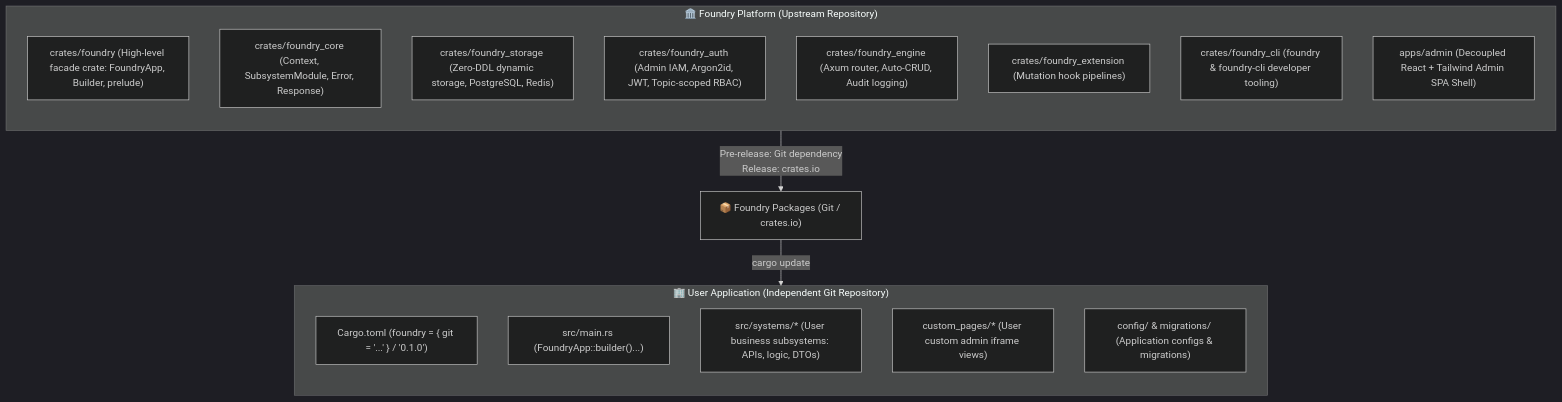
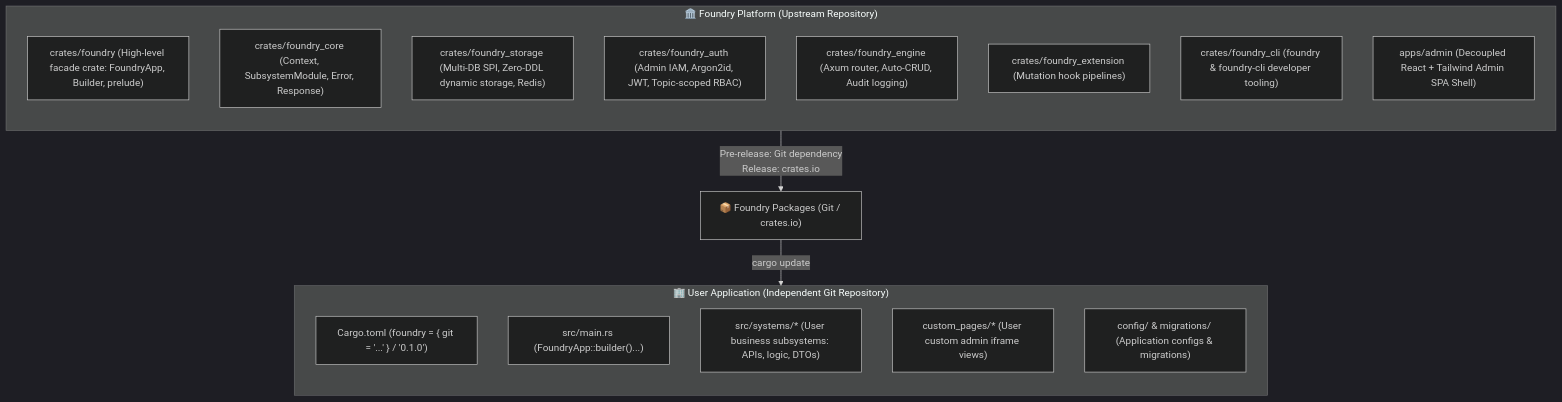
The first of 2 diagrams in docs/src/content/docs/architecture/blueprint.md (FoundKit/foundry), drawn with Mermaid (dark theme) before and after one commit. The commit also changed other lines of this file and 17 other files, not shown here.

````diff
--- a/docs/src/content/docs/architecture/blueprint.md
+++ b/docs/src/content/docs/architecture/blueprint.md
@@ -20,27 +20,27 @@
 ```mermaid
 flowchart TD
     subgraph FrameworkRepo["🏛️ Foundry Platform (Upstream Repository)"]
         direction TB
         F_Facade["crates/foundry (High-level facade crate: FoundryApp, Builder, prelude)"]
         F_Core["crates/foundry_core (Context, SubsystemModule, Error, Response)"]
-        F_Storage["crates/foundry_storage (Zero-DDL dynamic storage, PostgreSQL, Redis)"]
+        F_Storage["crates/foundry_storage (Multi-DB SPI, Zero-DDL dynamic storage, Redis)"]
         F_Auth["crates/foundry_auth (Admin IAM, Argon2id, JWT, Topic-scoped RBAC)"]
         F_Engine["crates/foundry_engine (Axum router, Auto-CRUD, Audit logging)"]
         F_Ext["crates/foundry_extension (Mutation hook pipelines)"]
         F_CLI["crates/foundry_cli (foundry & foundry-cli developer tooling)"]
         F_Admin["apps/admin (Decoupled React + Tailwind Admin SPA Shell)"]
     end
 
     FrameworkRepo -->|"Pre-release: Git dependency<br/>Release: crates.io"| CratesIO["📦 Foundry Packages (Git / crates.io)"]
 
     subgraph UserApp["🏢 User Application (Independent Git Repository)"]
         direction TB
         App_Cargo["Cargo.toml (foundry = { git = '...' } / '0.1.0')"]
         App_Main["src/main.rs (FoundryApp::builder()...)"]
         App_Systems["src/systems/* (User business subsystems: APIs, logic, DTOs)"]
         App_Admin["custom_pages/* (User custom admin iframe views)"]
         App_Config["config/ & migrations/ (Application configs & migrations)"]
     end
 
     CratesIO -->|"cargo update"| UserApp
 ```
````
